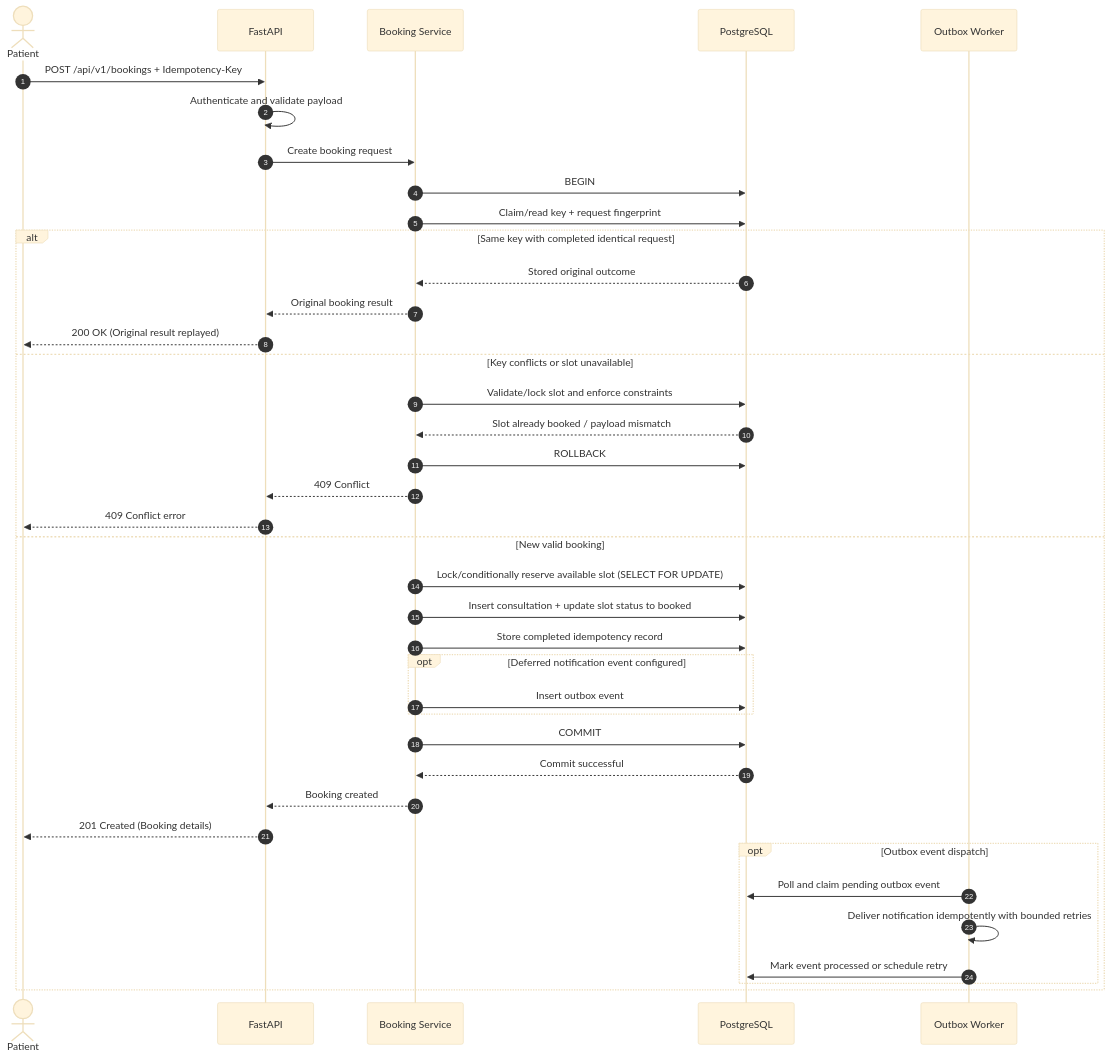
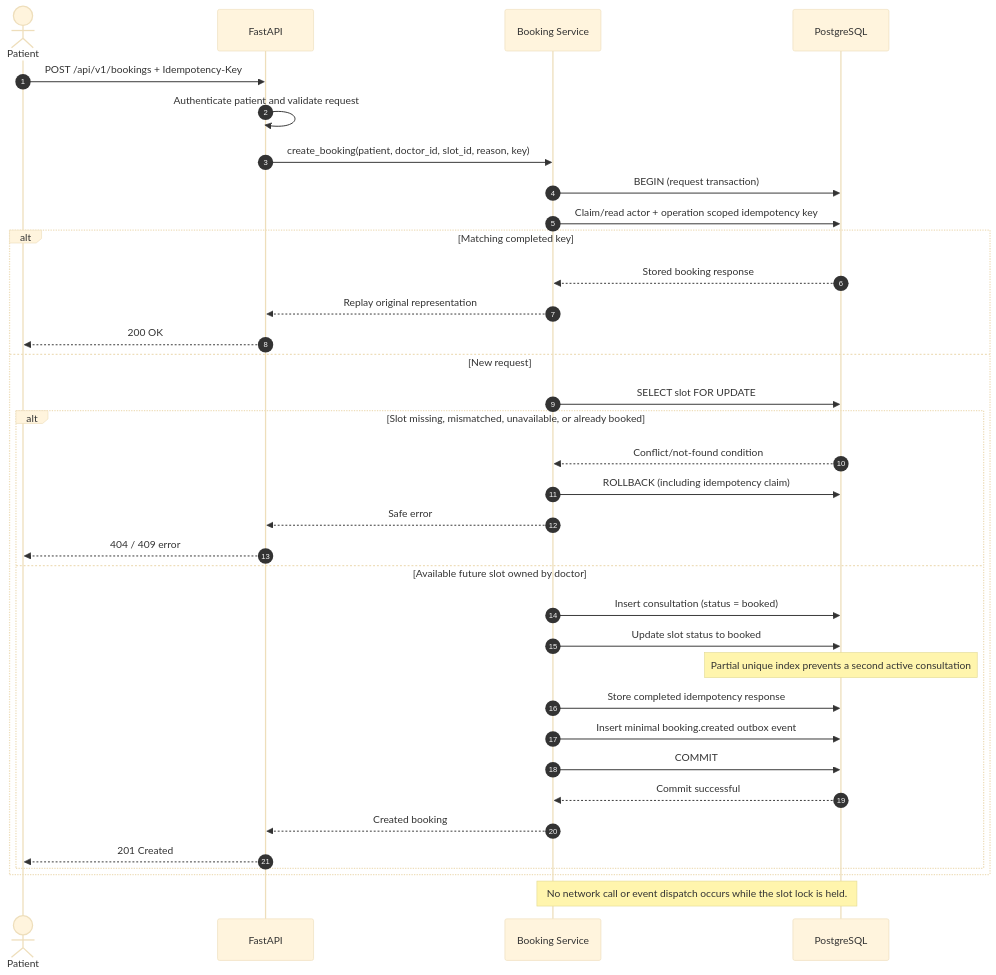
One commit to Vikas-Kain/Amrutam-telemedicine-system changed the diagram in docs/diagrams/booking-sequence.mmd. Above: the diagram before and after it, drawn with Mermaid (base theme). The commit also changed 15 other files, not shown here.

```diff
--- a/docs/diagrams/booking-sequence.mmd
+++ b/docs/diagrams/booking-sequence.mmd
@@ -1,41 +1,38 @@
 sequenceDiagram
     autonumber
     actor Patient
     participant API as FastAPI
     participant Svc as Booking Service
     participant DB as PostgreSQL
-    participant Worker as Outbox Worker
 
     Patient->>API: POST /api/v1/bookings + Idempotency-Key
-    API->>API: Authenticate and validate payload
-    API->>Svc: Create booking request
-    Svc->>DB: BEGIN
-    Svc->>DB: Claim/read key + request fingerprint
+    API->>API: Authenticate patient and validate request
+    API->>Svc: create_booking(patient, doctor_id, slot_id, reason, key)
+    Svc->>DB: BEGIN (request transaction)
+    Svc->>DB: Claim/read actor + operation scoped idempotency key
 
-    alt Same key with completed identical request
-        DB-->>Svc: Stored original outcome
-        Svc-->>API: Original booking result
-        API-->>Patient: 200 OK (Original result replayed)
-    else Key conflicts or slot unavailable
-        Svc->>DB: Validate/lock slot and enforce constraints
-        DB-->>Svc: Slot already booked / payload mismatch
-        Svc->>DB: ROLLBACK
-        Svc-->>API: 409 Conflict
-        API-->>Patient: 409 Conflict error
-    else New valid booking
-        Svc->>DB: Lock/conditionally reserve available slot (SELECT FOR UPDATE)
-        Svc->>DB: Insert consultation + update slot status to booked
-        Svc->>DB: Store completed idempotency record
-        opt Deferred notification event configured
-            Svc->>DB: Insert outbox event
-        end
-        Svc->>DB: COMMIT
-        DB-->>Svc: Commit successful
-        Svc-->>API: Booking created
-        API-->>Patient: 201 Created (Booking details)
-        opt Outbox event dispatch
-            Worker->>DB: Poll and claim pending outbox event
-            Worker->>Worker: Deliver notification idempotently with bounded retries
-            Worker->>DB: Mark event processed or schedule retry
+    alt Matching completed key
+        DB-->>Svc: Stored booking response
+        Svc-->>API: Replay original representation
+        API-->>Patient: 200 OK
+    else New request
+        Svc->>DB: SELECT slot FOR UPDATE
+        alt Slot missing, mismatched, unavailable, or already booked
+            DB-->>Svc: Conflict/not-found condition
+            Svc->>DB: ROLLBACK (including idempotency claim)
+            Svc-->>API: Safe error
+            API-->>Patient: 404 / 409 error
+        else Available future slot owned by doctor
+            Svc->>DB: Insert consultation (status = booked)
+            Svc->>DB: Update slot status to booked
+            Note over DB: Partial unique index prevents a second active consultation
+            Svc->>DB: Store completed idempotency response
+            Svc->>DB: Insert minimal booking.created outbox event
+            Svc->>DB: COMMIT
+            DB-->>Svc: Commit successful
+            Svc-->>API: Created booking
+            API-->>Patient: 201 Created
         end
     end
+
+    Note over Svc,DB: No network call or event dispatch occurs while the slot lock is held.
```
